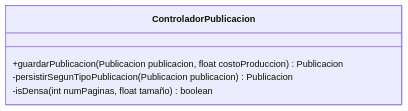
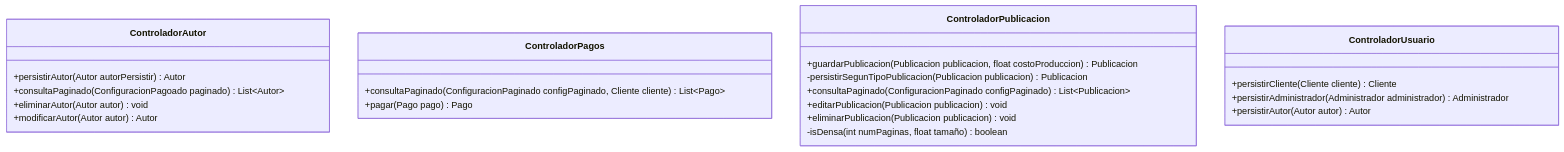
Before and after one commit to SilverFlin/U3_PruebasSoftware: the diagram in 02_Design/ClassDiagrams/controladores.md, drawn with Mermaid.

Commit message:
docs: diagrama controladores

````diff
--- a/02_Design/ClassDiagrams/controladores.md
+++ b/02_Design/ClassDiagrams/controladores.md
@@ -3,9 +3,31 @@
 ```mermaid
 classDiagram
+class ControladorAutor{
+    +persistirAutor(Autor autorPersistir) Autor
+    +consultaPaginado(ConfiguracionPagoado paginado) List~Autor~
+    +eliminarAutor(Autor autor) void
+    +modificarAutor(Autor autor) Autor
+}
+
+class ControladorPagos{
+    +consultaPaginado(ConfiguracionPaginado configPaginado, Cliente cliente) List~Pago~
+    +pagar(Pago pago) Pago
+}
 
 class ControladorPublicacion{
     +guardarPublicacion(Publicacion publicacion, float costoProduccion) Publicacion
     -persistirSegunTipoPublicacion(Publicacion publicacion) Publicacion
+    +consultaPaginado(ConfiguracionPaginado configPaginado) List~Publicacion~
+    +editarPublicacion(Publicacion publicacion) void
+    +eliminarPublicacion(Publicacion publicacion) void
     -isDensa(int numPaginas, float tamaño) boolean
 }
+
+class ControladorUsuario{
+    +persistirCliente(Cliente cliente) Cliente
+    +persistirAdministrador(Administrador administrador) Administrador
+    +persistirAutor(Autor autor) Autor
+}
+
+
 ```
````
